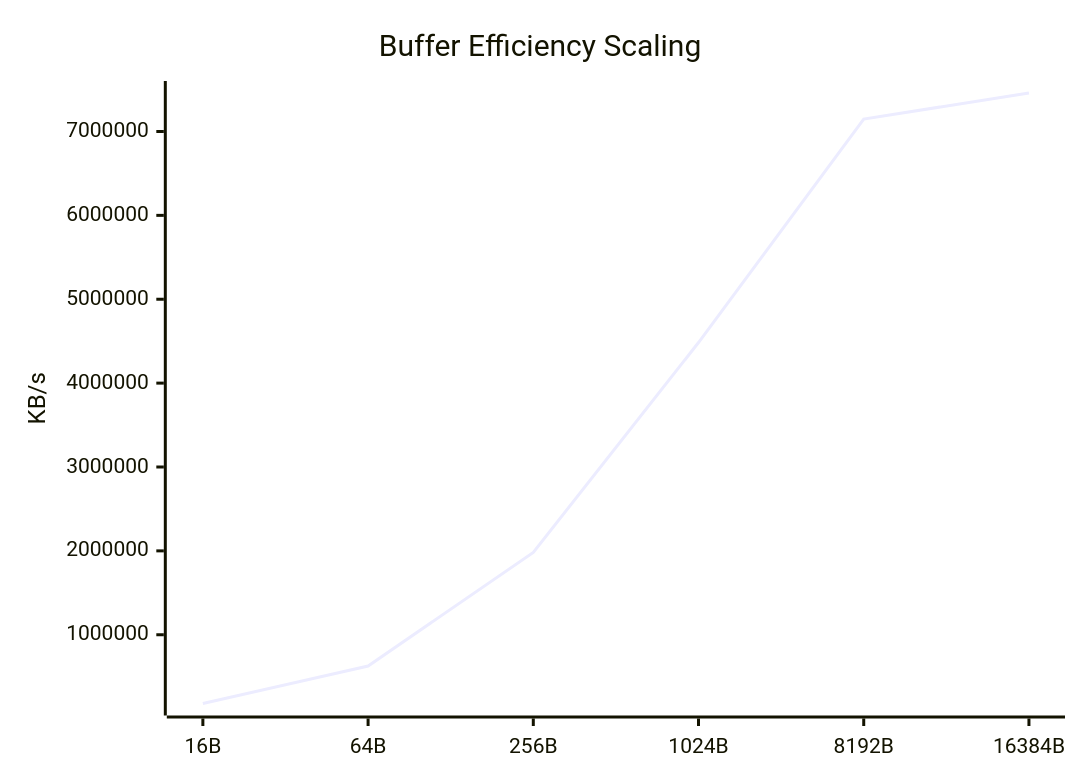
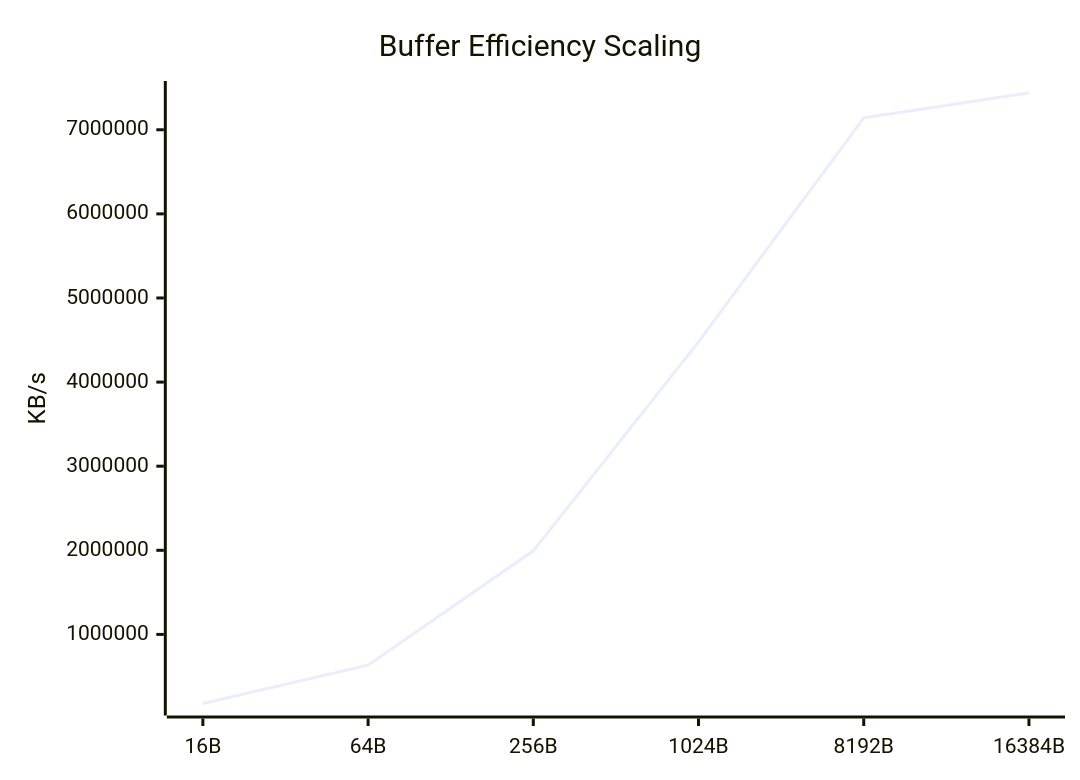
One commit to taha2samy/openssl_fips changed the seventh of 9 diagrams in docs/Comparison_Report.md. Above: the diagram before and after it, drawn with Mermaid. The commit also changed other lines of this file and 2 other files, not shown here.

````diff
--- a/docs/Comparison_Report.md
+++ b/docs/Comparison_Report.md
@@ -110,7 +110,7 @@
 ```mermaid
 xychart-beta
     title "Buffer Efficiency Scaling"
     x-axis [16B, 64B, 256B, 1024B, 8192B, 16384B]
     y-axis "KB/s"
-    line [180324.34, 627094.21, 1981636.86, 4483812.86, 7147769.86, 7458865.15]
+    line [178647.76, 635074.62, 1993544.04, 4478219.37, 7141777.41, 7437079.35]
 ```
````
